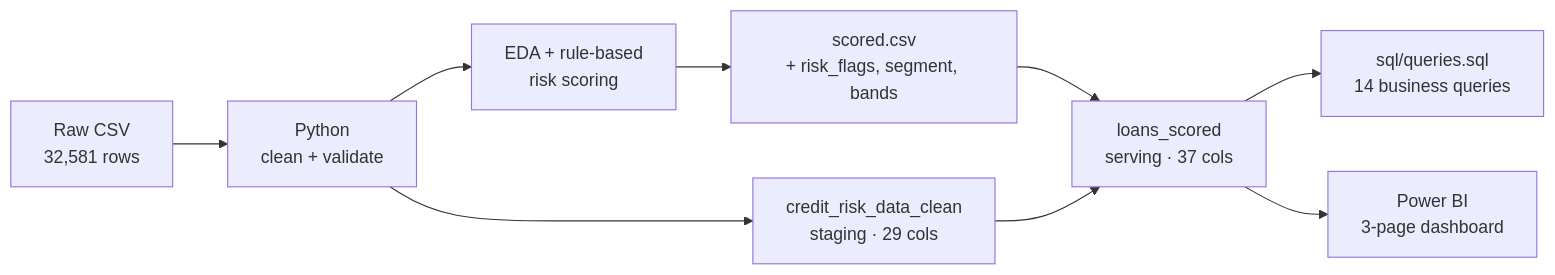
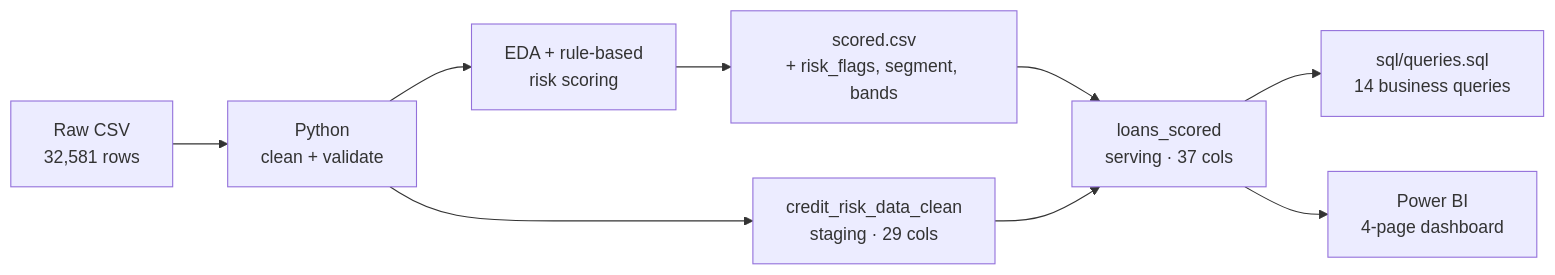
Before and after one commit to Hangbui-stp/Credit-Risk-Analytics-Nova-Bank: the diagram in README.md, drawn with Mermaid. The commit also changed other lines of this file, not shown here.

````diff
--- a/README.md
+++ b/README.md
@@ -51,11 +82,11 @@
 ```mermaid
 flowchart LR
     A["Raw CSV<br/>32,581 rows"] --> B["Python<br/>clean + validate"]
     B --> C["credit_risk_data_clean<br/>staging · 29 cols"]
     B --> D["EDA + rule-based<br/>risk scoring"]
     D --> E["scored.csv<br/>+ risk_flags, segment, bands"]
     E --> F["loans_scored<br/>serving · 37 cols"]
     C --> F
     F --> G["sql/queries.sql<br/>14 business queries"]
-    F --> H["Power BI<br/>3-page dashboard"]
+    F --> H["Power BI<br/>4-page dashboard"]
 ```
````
